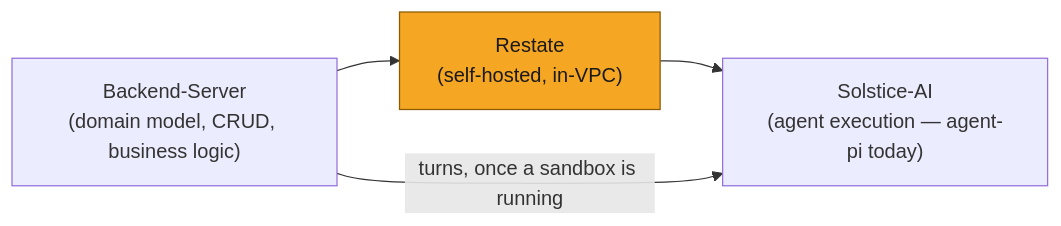
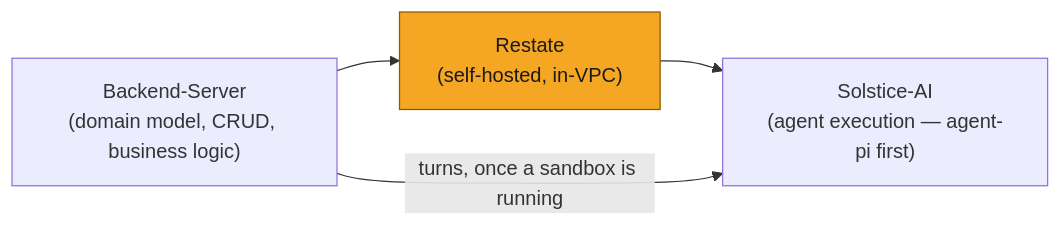
The first of 4 diagrams in plans/SOL-2878-restate-agent-orchestration.md (Solstice-Health/engineering-specs), drawn with Mermaid before and after one commit. The commit also changed other lines of this file, not shown here.

````diff
--- a/plans/SOL-2878-restate-agent-orchestration.md
+++ b/plans/SOL-2878-restate-agent-orchestration.md
@@ -51,7 +51,7 @@
 ```mermaid
 flowchart LR
     classDef delta fill:#F5A623,stroke:#8A5A00,color:#1A1A1A
     BE["Backend-Server\n(domain model, CRUD, business logic)"] --> R["Restate\n(self-hosted, in-VPC)"]:::delta
-    R --> AI["Solstice-AI\n(agent execution — agent-pi today)"]
+    R --> AI["Solstice-AI\n(agent execution — agent-pi first)"]
     BE -- turns, once a sandbox is running --> AI
 ```
````
